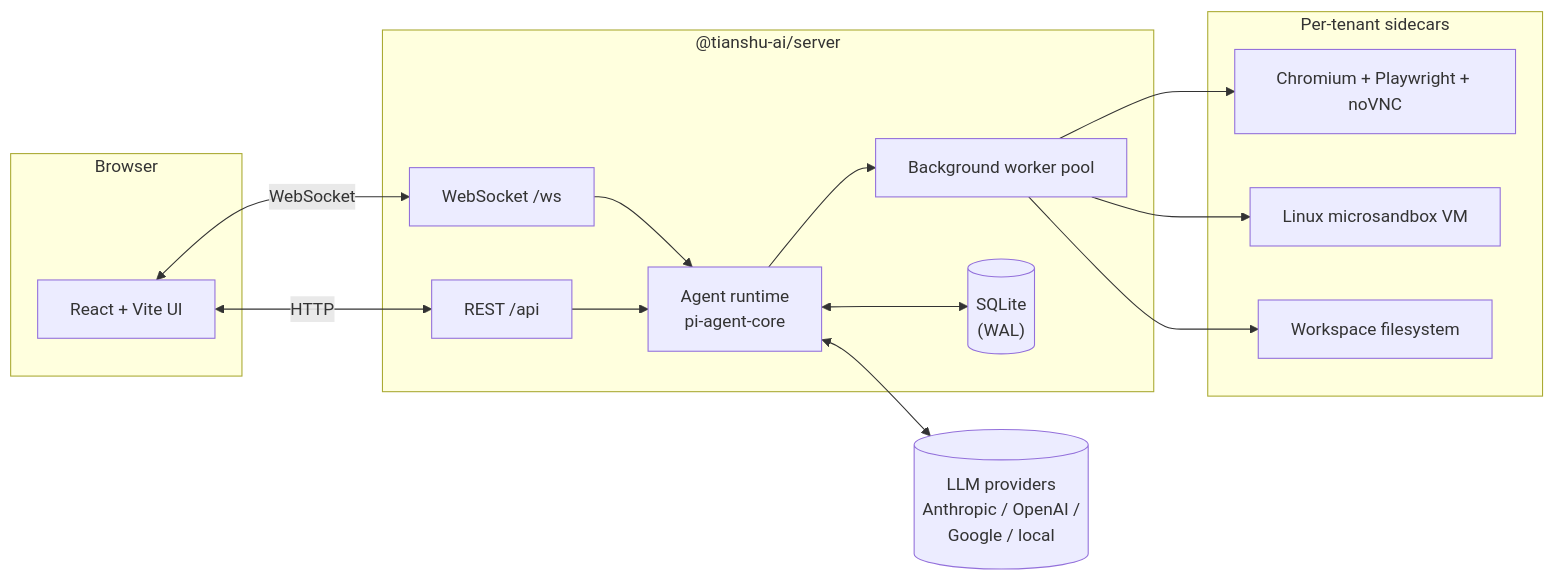
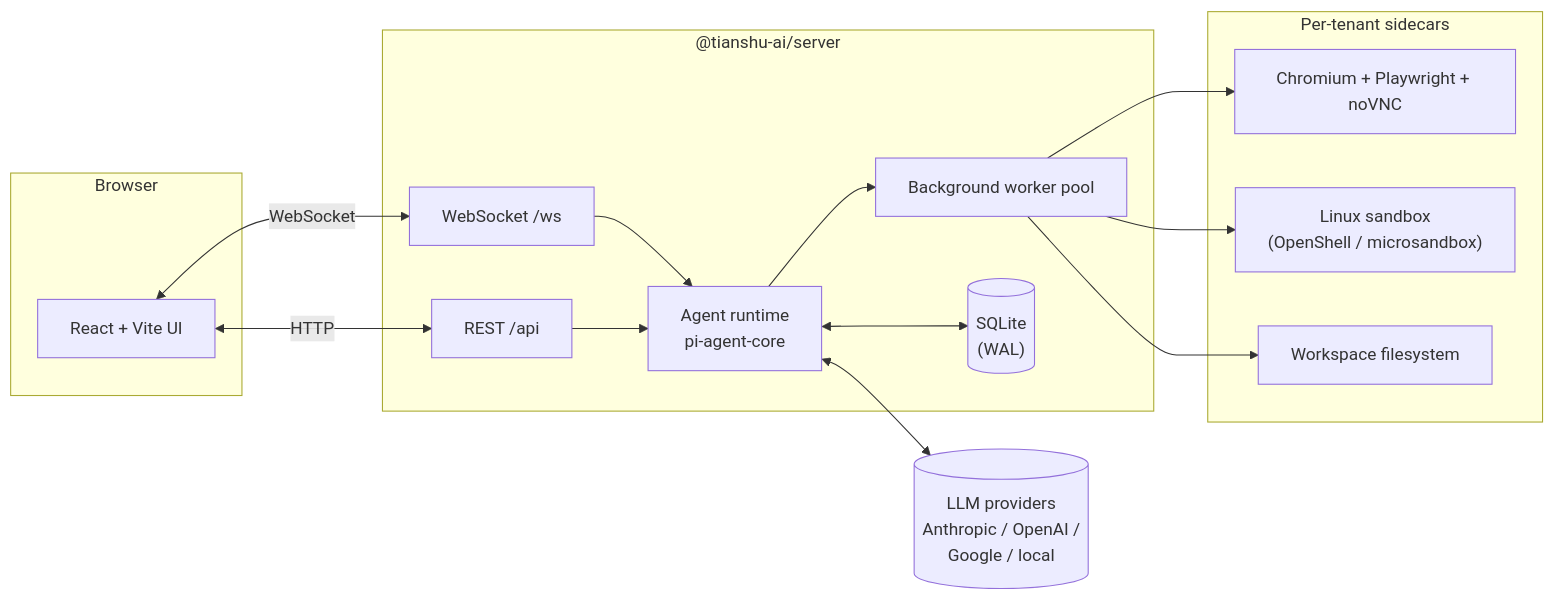
The diagram in README.md (tianshu-ai/tianshu), drawn with Mermaid before and after one commit. The commit also changed other lines of this file and 2 other files, not shown here.

First line of the commit message:
docs: recommend OpenShell as the default sandbox, microsandbox as the alt

````diff
--- a/README.md
+++ b/README.md
@@ -349,33 +354,33 @@
 ```mermaid
 flowchart LR
   subgraph Browser["Browser"]
     UI["React + Vite UI"]
   end
 
   subgraph Server["@tianshu-ai/server"]
     REST["REST /api"]
     WS["WebSocket /ws"]
     Agent["Agent runtime<br/>pi-agent-core"]
     Workers["Background worker pool"]
     DB[("SQLite<br/>(WAL)")]
   end
 
   subgraph Sidecars["Per-tenant sidecars"]
     ChromiumBox["Chromium + Playwright + noVNC"]
-    SandBox["Linux microsandbox VM"]
+    SandBox["Linux sandbox<br/>(OpenShell / microsandbox)"]
     Files["Workspace filesystem"]
   end
 
   LLM[(LLM providers<br/>Anthropic / OpenAI /<br/>Google / local)]
 
   UI <-- WebSocket --> WS
   UI <-- HTTP --> REST
   WS --> Agent
   REST --> Agent
   Agent <--> DB
   Agent --> Workers
   Workers --> ChromiumBox
   Workers --> SandBox
   Workers --> Files
   Agent <--> LLM
 ```
````
